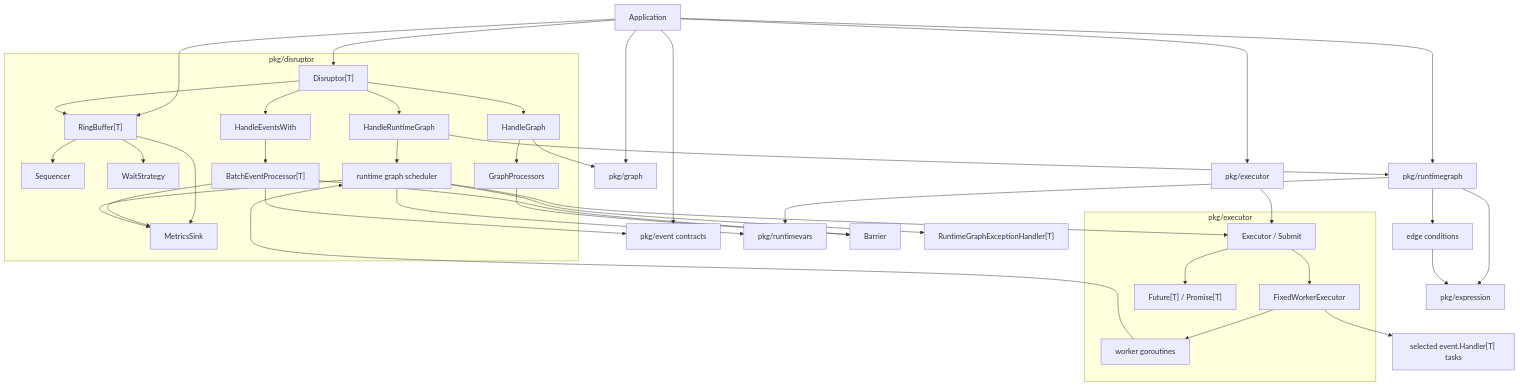
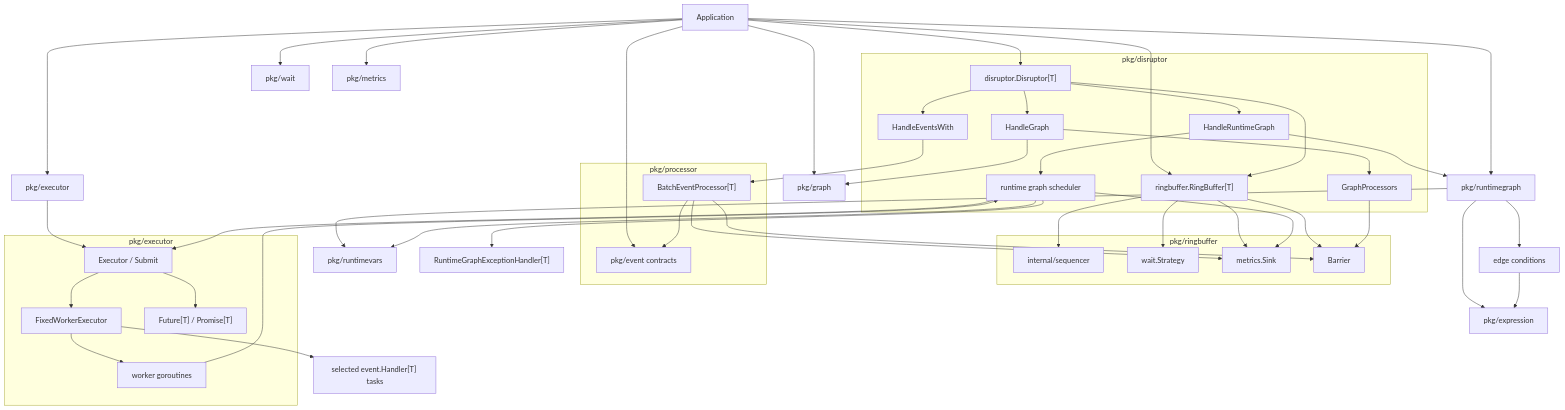
The first of 5 diagrams in README.md (photowey/disruptor.go), drawn with Mermaid before and after one commit. The commit also changed other lines of this file and 85 other files, not shown here.

````diff
--- a/README.md
+++ b/README.md
@@ -172,50 +176,58 @@
 ```mermaid
 flowchart TB
-    App["Application"] --> D["Disruptor[T]"]
-    App --> RB["RingBuffer[T]"]
+    App["Application"] --> D["disruptor.Disruptor[T]"]
+    App --> RB["ringbuffer.RingBuffer[T]"]
     App --> EventPkg["pkg/event contracts"]
     App --> ExecutorAPI["pkg/executor"]
     App --> GraphPkg["pkg/graph"]
     App --> RuntimeGraphPkg["pkg/runtimegraph"]
+    App --> WaitPkg["pkg/wait"]
+    App --> MetricsPkg["pkg/metrics"]
     RuntimeGraphPkg --> ExprPkg["pkg/expression"]
     RuntimeGraphPkg --> VarsPkg["pkg/runtimevars"]
 
     subgraph DisruptorPkg["pkg/disruptor"]
         D --> RB
-        RB --> S["Sequencer"]
-        RB --> W["WaitStrategy"]
-        RB --> M["MetricsSink"]
-
         D --> Fanout["HandleEventsWith"]
         D --> StaticGraph["HandleGraph"]
         D --> RuntimeGraphMode["HandleRuntimeGraph"]
-        Fanout --> P["BatchEventProcessor[T]"]
         StaticGraph --> GP["GraphProcessors"]
         RuntimeGraphMode --> RSP["runtime graph scheduler"]
+    end
+
+    subgraph RingBufferPkg["pkg/ringbuffer"]
+        RB --> S["internal/sequencer"]
+        RB --> W["wait.Strategy"]
+        RB --> M["metrics.Sink"]
+        RB --> B["Barrier"]
+    end
+
+    subgraph ProcessorPkg["pkg/processor"]
+        Fanout --> P["BatchEventProcessor[T]"]
+        P --> B
+        P --> EventPkg
     end
 
     subgraph ExecutorInternals["pkg/executor"]
         Exec["Executor / Submit"]
         Pool["FixedWorkerExecutor"]
         Fut["Future[T] / Promise[T]"]
         Exec --> Pool
         Exec --> Fut
         Pool --> Worker["worker goroutines"]
     end
 
-    P --> B["Barrier"]
-    P --> EventPkg
     GP --> B
     StaticGraph --> GraphPkg
     RuntimeGraphMode --> RuntimeGraphPkg
     RuntimeGraphPkg --> EC["edge conditions"]
     EC --> ExprPkg
     RSP --> VarsPkg
     ExecutorAPI --> Exec
     RSP --> Exec
     Pool --> RH["selected event.Handler[T] tasks"]
     Worker --> RSP
     RSP --> RE["RuntimeGraphExceptionHandler[T]"]
     P --> M
     RSP --> M
 ```
````
